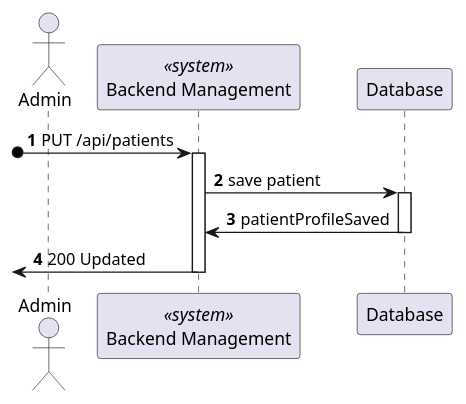
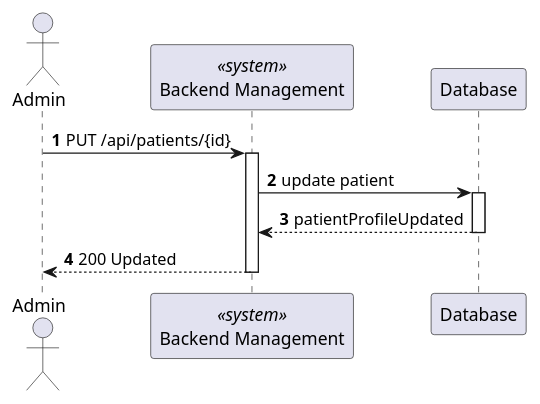
The diagram in docs/PatientProfileUpdate/views/level3/process-view1.puml (Lapr5G21/sem5pi-24-25-3ddg21), drawn with PlantUML before and after one commit. The commit also changed 26 other files, not shown here.

```diff
--- a/docs/PatientProfileUpdate/views/level3/process-view1.puml
+++ b/docs/PatientProfileUpdate/views/level3/process-view1.puml
@@ -1,23 +1,23 @@
-@startuml Patient Profile Update (level 3 - 1)
+@startuml PatientProfileUpdate(level3-1)
 
 autonumber
 actor Admin as "Admin"
 participant BE as "Backend Management" <<system>>
 participant DB as "Database"
 
-?o-> BE : PUT /api/patients
+Admin -> BE : PUT /api/patients/{id}
 activate BE
 
-BE -> DB : save patient
+BE -> DB : update patient
 
 activate DB 
 
-DB -> BE : patientProfileSaved 
+DB --> BE : patientProfileUpdated 
 
 deactivate DB 
 
-<- BE : 200 Updated
+BE --> Admin : 200 Updated
 
 deactivate BE
 
 @enduml
```
